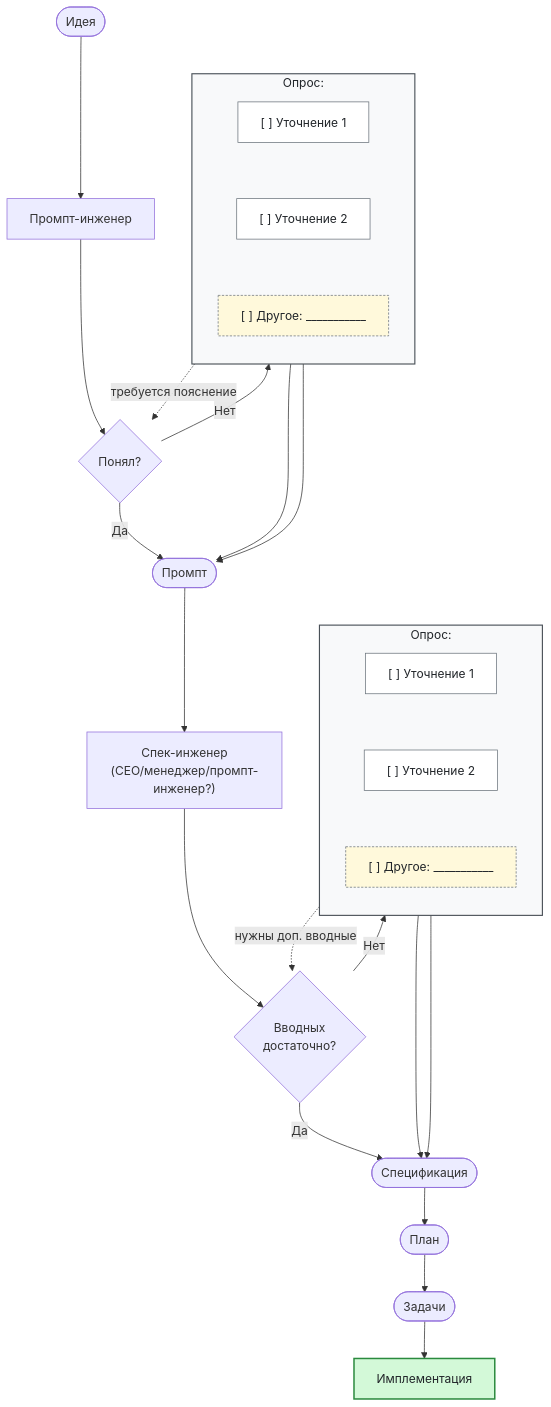
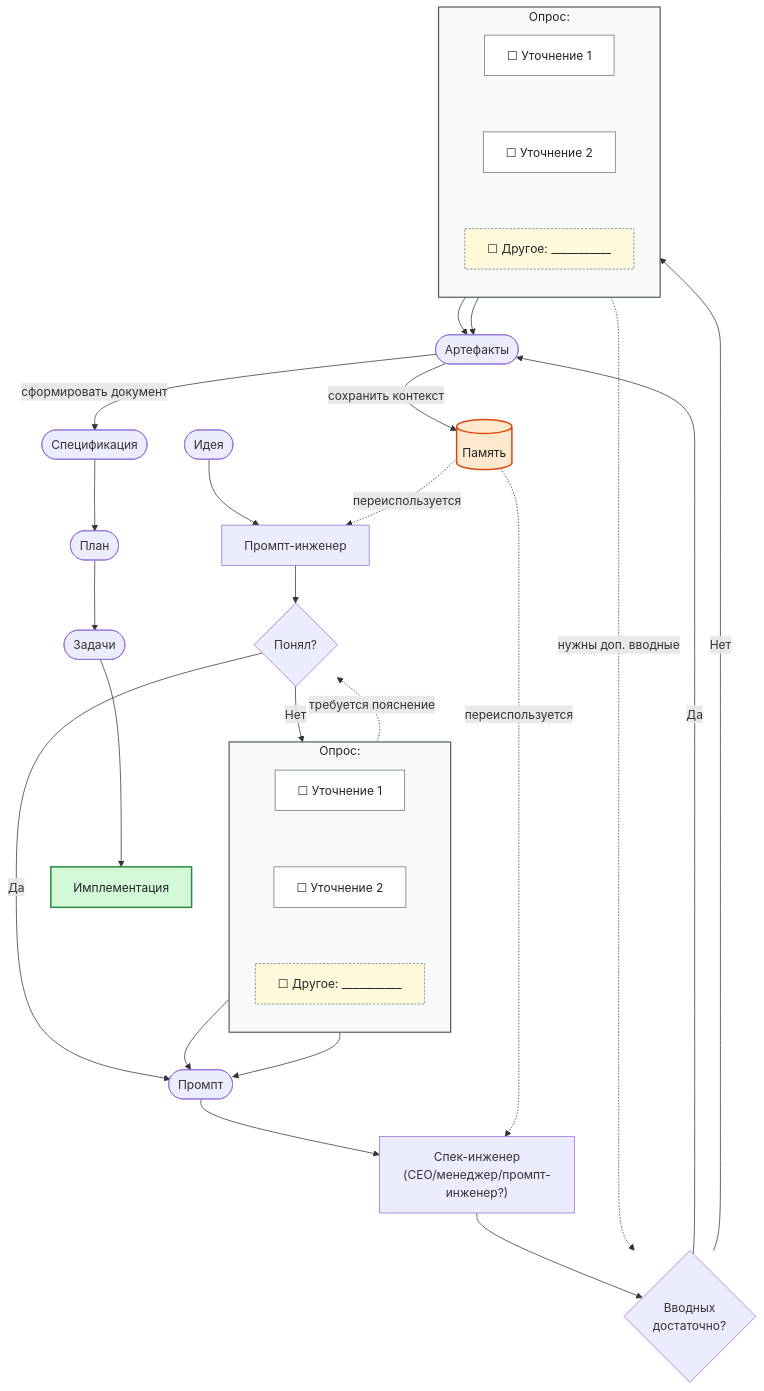
One commit to teratron/magic-spec changed the diagram in .draft/блок-схема.md. Above: the diagram before and after it, drawn with Mermaid.

Commit message:
Please provide the code changes or file diffs you would like me to summarize.

````diff
--- a/.draft/блок-схема.md
+++ b/.draft/блок-схема.md
@@ -5,62 +5,74 @@
 ```mermaid
 flowchart TD
     %% ================= БЛОК 1: ИДЕЯ -> ПРОМПТ =================
     A(["Идея"]) --> B["Промпт-инженер"] --> C{"Понял?"}
 
     C -->|Нет| D1
 
     subgraph D["Опрос:"]
         direction TB
-        D1["[ ] Уточнение 1"]
-        D2["[ ] Уточнение 2"]
-        D3["[ ] Другое: ___________"]
+        D1["☐ Уточнение 1"]
+        D2["☐ Уточнение 2"]
+        D3["☐ Другое: ___________"]
         D1 ~~~ D2
         D2 ~~~ D3
     end
 
     D1 --> E(["Промпт"])
     D2 --> E
     D3 -.->|требуется пояснение| C
     C -->|Да| E
 
     %% не даёт "Промпт" всплыть на уровень D3
     D3 ~~~ E
 
     %% ================= БЛОК 2: ПРОМПТ -> СПЕЦИФИКАЦИЯ =================
     E --> F["Спек-инженер<br />(CEO/менеджер/промпт-инженер?)"] --> G{"Вводных<br />достаточно?"}
 
     G -->|Нет| S1
 
     subgraph S["Опрос:"]
         direction TB
-        S1["[ ] Уточнение 1"]
-        S2["[ ] Уточнение 2"]
-        S3["[ ] Другое: ___________"]
+        S1["☐ Уточнение 1"]
+        S2["☐ Уточнение 2"]
+        S3["☐ Другое: ___________"]
         S1 ~~~ S2
         S2 ~~~ S3
-
     end
 
-    S1 --> H(["Спецификация"])
-    S2 --> H
+    S1 --> R(["Артефакты"])
+    S2 --> R
     S3 -.->|нужны доп. вводные| G
-    G -->|Да| H
+    G -->|Да| R
 
-    %% не даёт "Спецификация" всплыть на уровень S3
-    S3 ~~~ H
+    %% не даёт "Артефакты" всплыть на уровень S3
+    S3 ~~~ R
 
     %% ================= БЛОК 3: СПЕЦИФИКАЦИЯ -> ИМПЛЕМЕНТАЦИЯ =================
+    R -->|сохранить контекст| M[(Память)]
+    R -->|сформировать документ| H(["Спецификация"])
+    %% H --> I(["План"]) --> J(["Задачи"]) --> K["Имплементация"]
     H --> I(["План"])
     I --> J(["Задачи"])
     J --> K["Имплементация"]
+
+    %% память питает следующие итерации
+    M -.->|переиспользуется| B
+    M -.->|переиспользуется| F
+
+    %% не даёт "Память" всплыть на уровень "Артефакты"
+    R ~~~ M
 
     %% --- оформление ---
     classDef item fill:#FFFFFF,stroke:#6C757D,stroke-width:1px,color:#212529
     classDef other fill:#FFF9DB,stroke:#6C757D,stroke-width:1px,stroke-dasharray:3 2,color:#212529
     classDef work fill:#D3F9D8,stroke:#2B8A3E,stroke-width:2px,color:#212529
+    classDef hub fill:#E5DBFF,stroke:#5F3DC4,stroke-width:2px,color:#212529
+    classDef store fill:#FFE8CC,stroke:#D9480F,stroke-width:2px,color:#212529
     class D1,D2,S1,S2 item
     class D3,S3 other
+    class M store
     class K work
     style D fill:#F8F9FA,stroke:#495057,stroke-width:1.5px,color:#212529
     style S fill:#F8F9FA,stroke:#495057,stroke-width:1.5px,color:#212529
 ```
````
